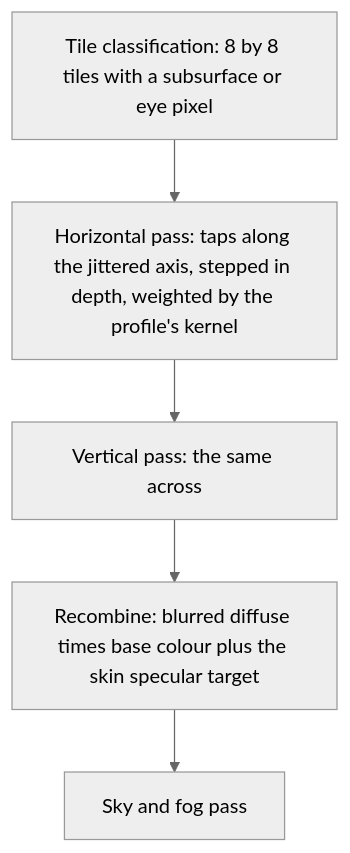
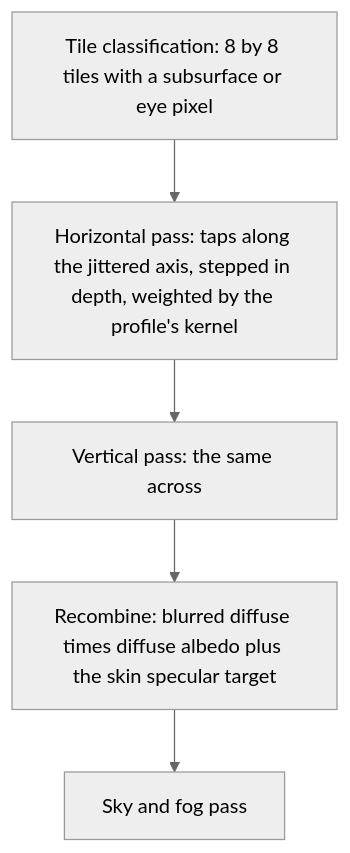
Before and after one commit to plainsight-systems/bullet-witch: the third of 3 diagrams in docs/architecture/character-shading.md, drawn with Mermaid (neutral theme). The commit also changed other lines of this file and 13 other files, not shown here.

````diff
--- a/docs/architecture/character-shading.md
+++ b/docs/architecture/character-shading.md
@@ -124,7 +134,7 @@
 ```mermaid
 flowchart TD
     T["Tile classification: 8 by 8 tiles with a subsurface or eye pixel"] --> H["Horizontal pass: taps along the jittered axis, stepped in depth, weighted by the profile's kernel"]
     H --> V["Vertical pass: the same across"]
-    V --> R["Recombine: blurred diffuse times base colour plus the skin specular target"]
+    V --> R["Recombine: blurred diffuse times diffuse albedo plus the skin specular target"]
     R --> SF["Sky and fog pass"]
 ```
````
